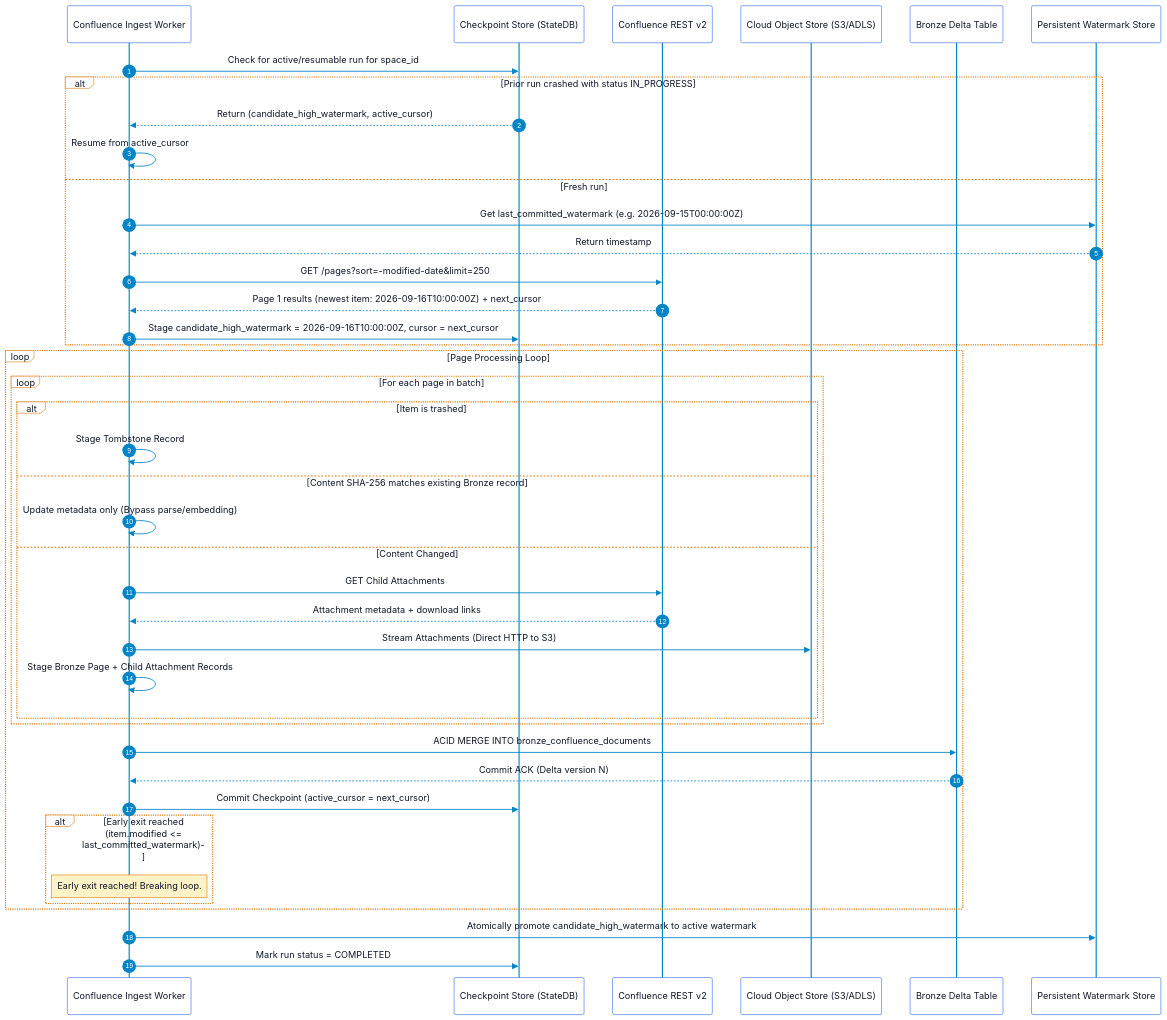
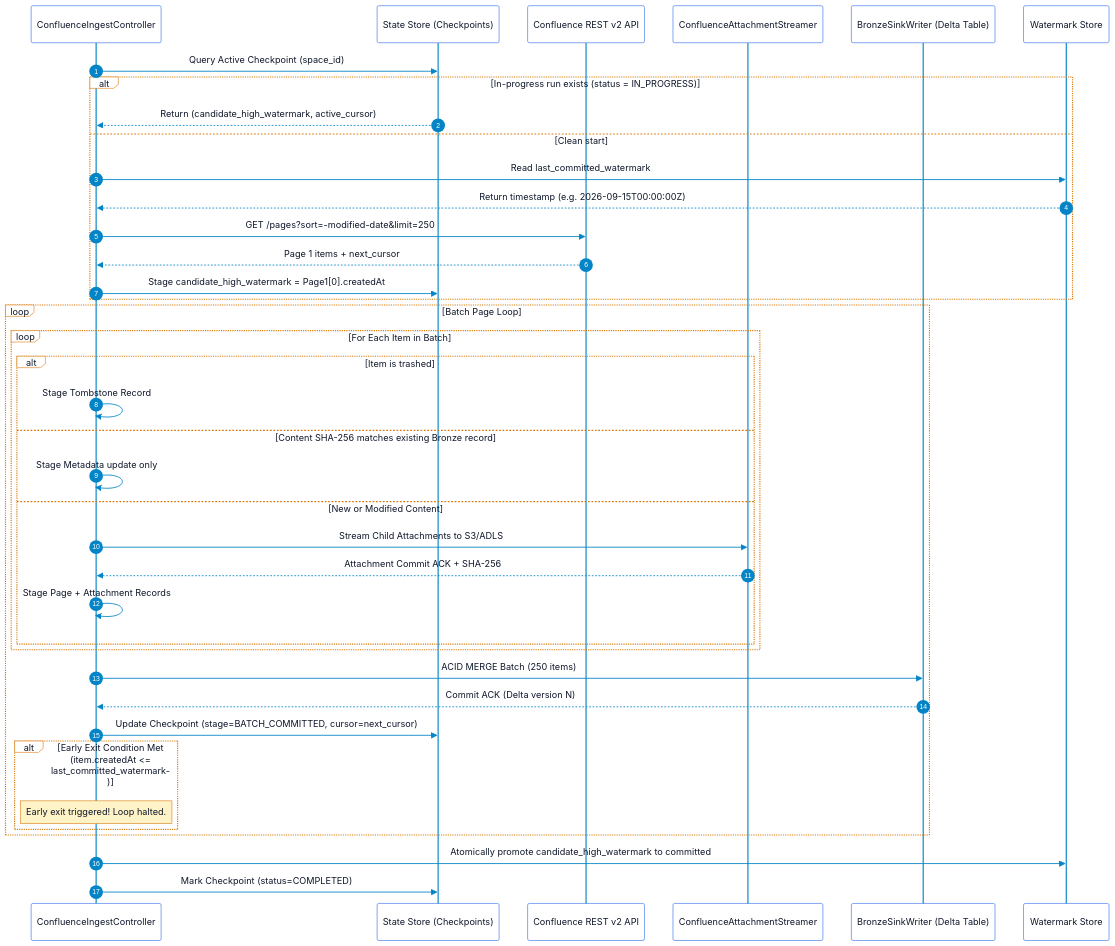
One commit to toanbui626391/document_ingestors changed the second of 2 diagrams in docs/architectures/confluence_pull_ingestor_architecture.md. Above: the diagram before and after it, drawn with Mermaid. The commit also changed other lines of this file and 2 other files, not shown here.

````diff
--- a/docs/architectures/confluence_pull_ingestor_architecture.md
+++ b/docs/architectures/confluence_pull_ingestor_architecture.md
@@ -191,75 +150,73 @@
 ```mermaid
 %%{init: {
   'theme': 'base',
   'themeVariables': {
     'primaryColor': '#ffffff',
     'primaryTextColor': '#0f172a',
     'primaryBorderColor': '#2563eb',
     'lineColor': '#0284c7',
     'secondaryColor': '#f8fafc',
     'tertiaryColor': '#ffffff',
     'activationBorderColor': '#2563eb',
     'activationBkgColor': '#e0f2fe',
     'sequenceNumberColor': '#ffffff',
     'actorBkg': '#ffffff',
     'actorBorder': '#2563eb',
     'actorTextColor': '#0f172a',
     'actorLineColor': '#0284c7',
     'signalColor': '#0284c7',
     'signalTextColor': '#0f172a',
     'labelBoxBkgColor': '#ffffff',
     'labelBoxBorderColor': '#d97706',
     'labelTextColor': '#0f172a',
     'loopTextColor': '#0f172a',
     'noteBkgColor': '#fef3c7',
     'noteBorderColor': '#d97706',
     'noteTextColor': '#0f172a'
   }
 }}%%
 sequenceDiagram
     autonumber
-    participant W as Confluence Ingest Worker
-    participant CS as Checkpoint Store (StateDB)
-    participant C as Confluence REST v2
-    participant OS as Cloud Object Store (S3/ADLS)
-    participant B as Bronze Delta Table
-    participant WM as Persistent Watermark Store
+    participant Ctrl as ConfluenceIngestController
+    participant StateDB as State Store (Checkpoints)
+    participant Conf as Confluence REST v2 API
+    participant Stream as ConfluenceAttachmentStreamer
+    participant Bronze as BronzeSinkWriter (Delta Table)
+    participant Watermark as Watermark Store
 
-    W->>CS: Check for active/resumable run for space_id
-    alt Prior run crashed with status IN_PROGRESS
-        CS-->>W: Return (candidate_high_watermark, active_cursor)
-        W->>W: Resume from active_cursor
-    else Fresh run
-        W->>WM: Get last_committed_watermark (e.g. 2026-09-15T00:00:00Z)
-        WM-->>W: Return timestamp
-        W->>C: GET /pages?sort=-modified-date&limit=250
-        C-->>W: Page 1 results (newest item: 2026-09-16T10:00:00Z) + next_cursor
-        W->>CS: Stage candidate_high_watermark = 2026-09-16T10:00:00Z, cursor = next_cursor
+    Ctrl->>StateDB: Query Active Checkpoint (space_id)
+    alt In-progress run exists (status = IN_PROGRESS)
+        StateDB-->>Ctrl: Return (candidate_high_watermark, active_cursor)
+    else Clean start
+        Ctrl->>Watermark: Read last_committed_watermark
+        Watermark-->>Ctrl: Return timestamp (e.g. 2026-09-15T00:00:00Z)
+        Ctrl->>Conf: GET /pages?sort=-modified-date&limit=250
+        Conf-->>Ctrl: Page 1 items + next_cursor
+        Ctrl->>StateDB: Stage candidate_high_watermark = Page1[0].createdAt
     end
 
-    loop Page Processing Loop
-        loop For each page in batch
+    loop Batch Page Loop
+        loop For Each Item in Batch
             alt Item is trashed
-                W->>W: Stage Tombstone Record
+                Ctrl->>Ctrl: Stage Tombstone Record
             else Content SHA-256 matches existing Bronze record
-                W->>W: Update metadata only (Bypass parse/embedding)
-            else Content Changed
-                W->>C: GET Child Attachments
-                C-->>W: Attachment metadata + download links
-                W->>OS: Stream Attachments (Direct HTTP to S3)
-                W->>W: Stage Bronze Page + Child Attachment Records
+                Ctrl->>Ctrl: Stage Metadata update only
+            else New or Modified Content
+                Ctrl->>Stream: Stream Child Attachments to S3/ADLS
+                Stream-->>Ctrl: Attachment Commit ACK + SHA-256
+                Ctrl->>Ctrl: Stage Page + Attachment Records
             end
         end
 
-        W->>B: ACID MERGE INTO bronze_confluence_documents
-        B-->>W: Commit ACK (Delta version N)
-        W->>CS: Commit Checkpoint (active_cursor = next_cursor)
+        Ctrl->>Bronze: ACID MERGE Batch (250 items)
+        Bronze-->>Ctrl: Commit ACK (Delta version N)
+        Ctrl->>StateDB: Update Checkpoint (stage=BATCH_COMMITTED, cursor=next_cursor)
 
-        alt Early exit reached (item.modified <= last_committed_watermark)
-            note over W: Early exit reached! Breaking loop.
+        alt Early Exit Condition Met (item.createdAt <= last_committed_watermark)
+            note over Ctrl: Early exit triggered! Loop halted.
         end
     end
 
-    W->>WM: Atomically promote candidate_high_watermark to active watermark
-    W->>CS: Mark run status = COMPLETED
+    Ctrl->>Watermark: Atomically promote candidate_high_watermark to committed
+    Ctrl->>StateDB: Mark Checkpoint (status=COMPLETED)
 ```
````
